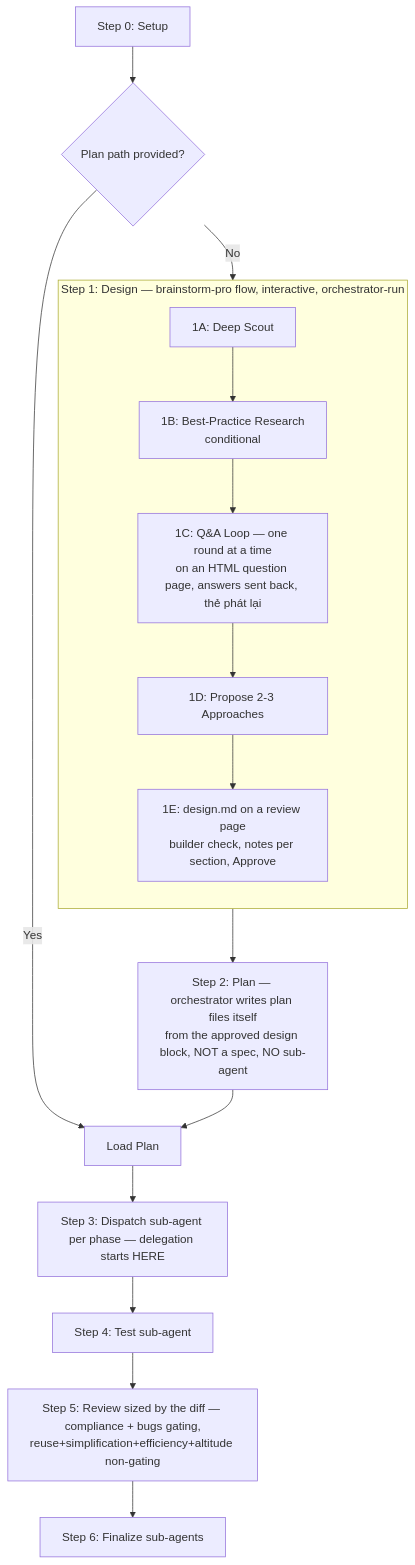
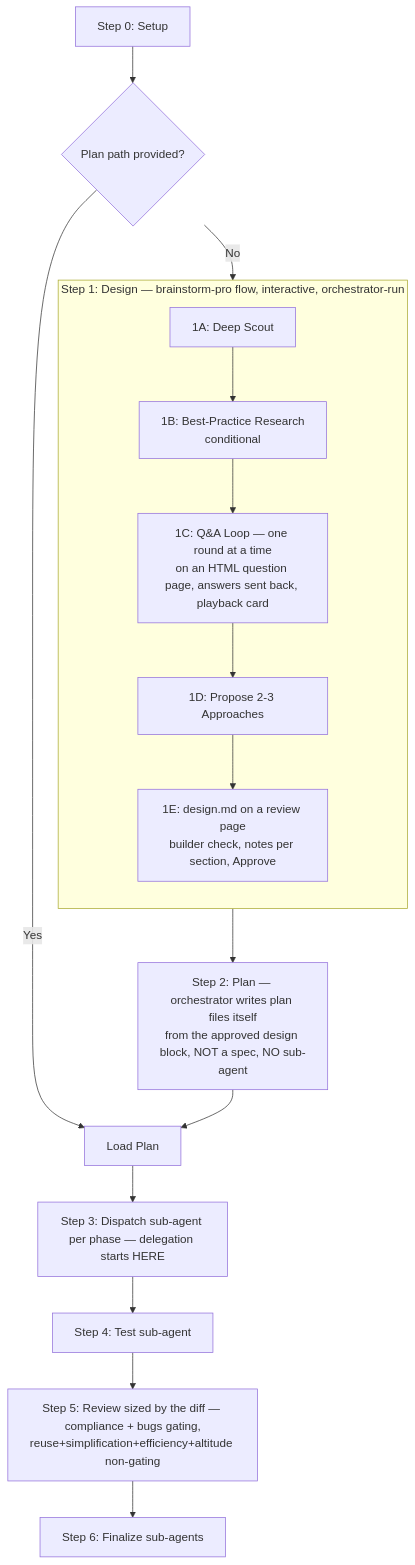
One commit to dphong1995/skills changed the diagram in skills/cook/SKILL.md. Above: the diagram before and after it, drawn with Mermaid. The commit also changed other lines of this file and 11 other files, not shown here.

````diff
--- a/skills/cook/SKILL.md
+++ b/skills/cook/SKILL.md
@@ -96,19 +96,19 @@
 ```mermaid
 flowchart TD
     A[Step 0: Setup] --> B{Plan path provided?}
     B -->|Yes| F[Load Plan]
     B -->|No| C1
     subgraph S1[Step 1: Design — brainstorm-pro flow, interactive, orchestrator-run]
       direction TB
       C1[1A: Deep Scout] --> C2[1B: Best-Practice Research<br/>conditional]
-      C2 --> C3[1C: Q&A Loop — one round at a time<br/>on an HTML question page, answers sent back, thẻ phát lại]
+      C2 --> C3[1C: Q&A Loop — one round at a time<br/>on an HTML question page, answers sent back, playback card]
       C3 --> C4[1D: Propose 2-3 Approaches]
       C4 --> C5[1E: design.md on a review page<br/>builder check, notes per section, Approve]
     end
     C5 --> D[Step 2: Plan — orchestrator writes plan files itself<br/>from the approved design block, NOT a spec, NO sub-agent]
     D --> F
     F --> H[Step 3: Dispatch sub-agent per phase — delegation starts HERE]
     H --> K[Step 4: Test sub-agent]
     K --> Rev[Step 5: Review sized by the diff — compliance + bugs gating,<br/>reuse+simplification+efficiency+altitude non-gating]
     Rev --> L[Step 6: Finalize sub-agents]
 ```
````
